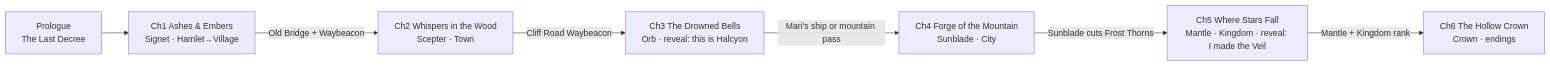
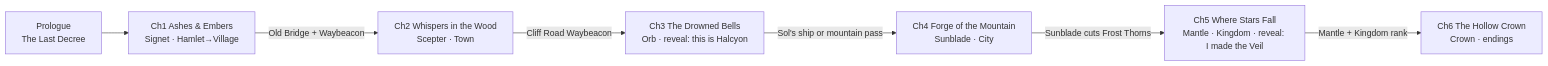
One commit to Nozeoz/NOZE changed the first of 2 diagrams in docs/14_NARRATIVE_AND_PROGRESSION.md. Above: the diagram before and after it, drawn with Mermaid. The commit also changed other lines of this file and 14 other files, not shown here.

````diff
--- a/docs/14_NARRATIVE_AND_PROGRESSION.md
+++ b/docs/14_NARRATIVE_AND_PROGRESSION.md
@@ -36,9 +39,9 @@
 ```mermaid
 flowchart LR
     P[Prologue<br/>The Last Decree] --> C1[Ch1 Ashes & Embers<br/>Signet · Hamlet→Village]
     C1 -->|Old Bridge + Waybeacon| C2[Ch2 Whispers in the Wood<br/>Scepter · Town]
     C2 -->|Cliff Road Waybeacon| C3[Ch3 The Drowned Bells<br/>Orb · reveal: this is Halcyon]
-    C3 -->|Mari's ship or mountain pass| C4[Ch4 Forge of the Mountain<br/>Sunblade · City]
+    C3 -->|Sol's ship or mountain pass| C4[Ch4 Forge of the Mountain<br/>Sunblade · City]
     C4 -->|Sunblade cuts Frost Thorns| C5[Ch5 Where Stars Fall<br/>Mantle · Kingdom · reveal: I made the Veil]
     C5 -->|Mantle + Kingdom rank| C6[Ch6 The Hollow Crown<br/>Crown · endings]
 ```
````
